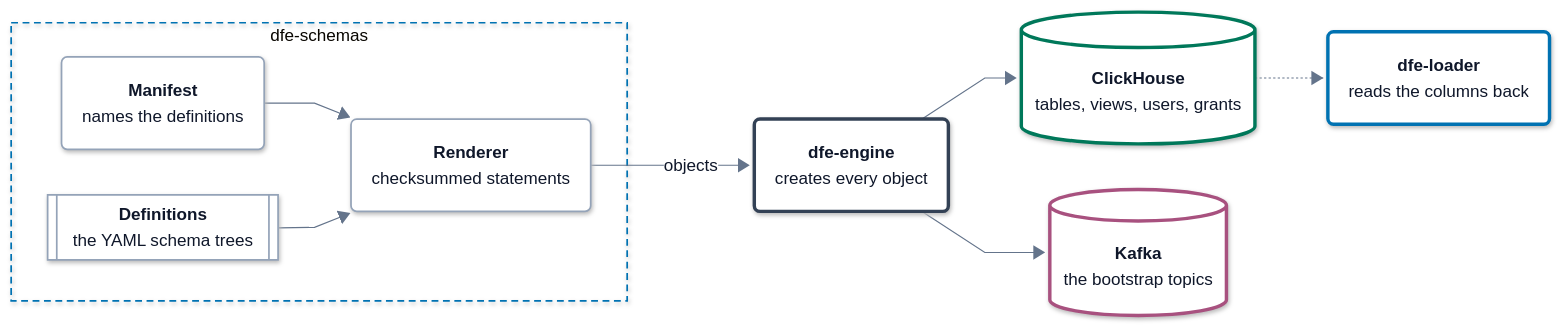
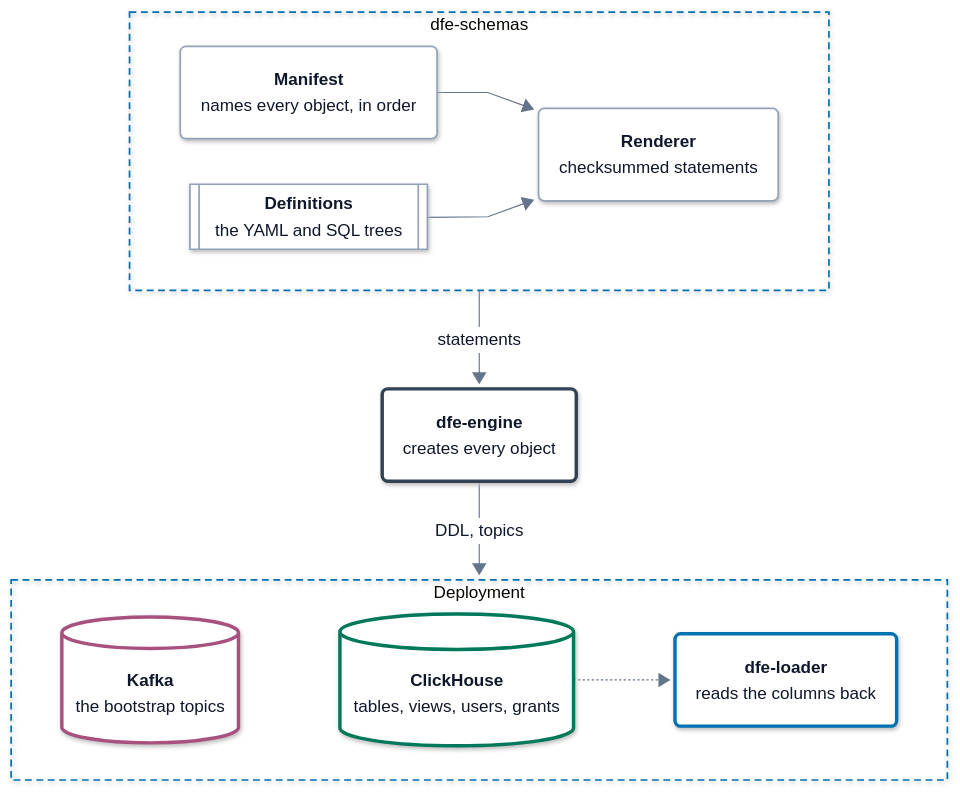
One commit to hyperi-io/dfe-schemas changed the diagram in docs/architecture.md. Above: the diagram before and after it, drawn with Mermaid. The commit also changed other lines of this file and 6 other files, not shown here.

First line of the commit message:
docs(architecture): reshape the architecture page and split its parts (#134)

````diff
--- a/docs/architecture.md
+++ b/docs/architecture.md
@@ -54,24 +48,32 @@
     .ui .label-icon{color:#D9480F}
     .ext .label-icon{color:#64748B}
 ---
-flowchart LR
+flowchart TB
   accTitle: L3 Components -- dfe-schemas
   accDescr: Inside dfe-schemas the renderer reads the manifest and the definitions it names. It hands checksummed statements to dfe-engine, which creates the ClickHouse objects and the Kafka bootstrap topics. dfe-loader reads the deployed columns from ClickHouse at runtime.
   subgraph pkg["dfe-schemas"]
-    manifest("<b>Manifest</b><br/><span>names the definitions</span>")
-    defs[["<b>Definitions</b><br/><span>the YAML schema trees</span>"]]
+    direction LR
+    manifest("<b>Manifest</b><br/><span>names every object, in order</span>")
+    defs[["<b>Definitions</b><br/><span>the YAML and SQL trees</span>"]]
     renderer("<b>Renderer</b><br/><span>checksummed statements</span>")
+    manifest --> renderer
+    defs --> renderer
   end
   engine("<b>dfe-engine</b><br/><span>creates every object</span>")
-  clickhouse[("<b>ClickHouse</b><br/><span>tables, views, users, grants</span>")]
-  kafka[("<b>Kafka</b><br/><span>the bootstrap topics</span>")]
-  loader("<b>dfe-loader</b><br/><span>reads the columns back</span>")
-  manifest --> renderer
-  defs --> renderer
-  renderer -->|objects| engine
-  engine --> clickhouse
-  engine --> kafka
-  clickhouse -.-> loader
+  subgraph stores["Deployment"]
+    direction LR
+    kafka[("<b>Kafka</b><br/><span>the bootstrap topics</span>")]
+    clickhouse[("<b>ClickHouse</b><br/><span>tables, views, users, grants</span>")]
+    loader("<b>dfe-loader</b><br/><span>reads the columns back</span>")
+    kafka ~~~ clickhouse -.-> loader
+  end
+  pkg -->|statements| engine
+  engine -->|DDL, topics| stores
+  class manifest,defs,renderer part
+  class engine control
+  class clickhouse store
+  class kafka bus
+  class loader load
   classDef ext fill:#F4F6F8,stroke:#94A3B8,stroke-width:1.5px,stroke-dasharray:5 4,color:#0F172A
   classDef ingest fill:#FFFFFF,stroke:#0E8A7D,stroke-width:3px,color:#0F172A
   classDef xform fill:#FFFFFF,stroke:#7B4FB0,stroke-width:3px,color:#0F172A
@@ -83,10 +85,6 @@
   classDef error fill:#FFFFFF,stroke:#C2410C,stroke-width:3px,color:#0F172A
   classDef control fill:#FFFFFF,stroke:#334155,stroke-width:3px,color:#0F172A
   classDef part fill:#FFFFFF,stroke:#94A3B8,stroke-width:1.5px,color:#0F172A
-  class manifest,defs,renderer part
-  class engine control
-  class clickhouse store
-  class kafka bus
-  class loader load
   style pkg fill:none,stroke:#0072B2,stroke-width:1.5px,stroke-dasharray:6 4
+  style stores fill:none,stroke:#0072B2,stroke-width:1.5px,stroke-dasharray:6 4
 ```
````
